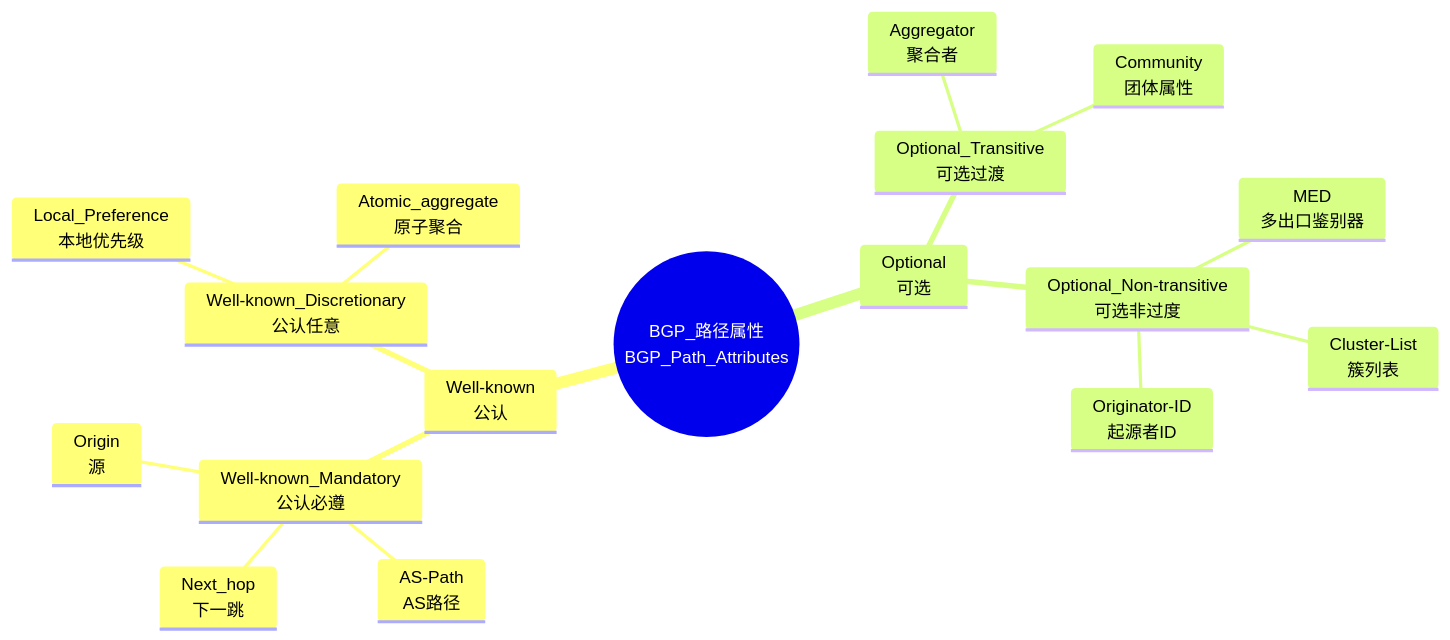
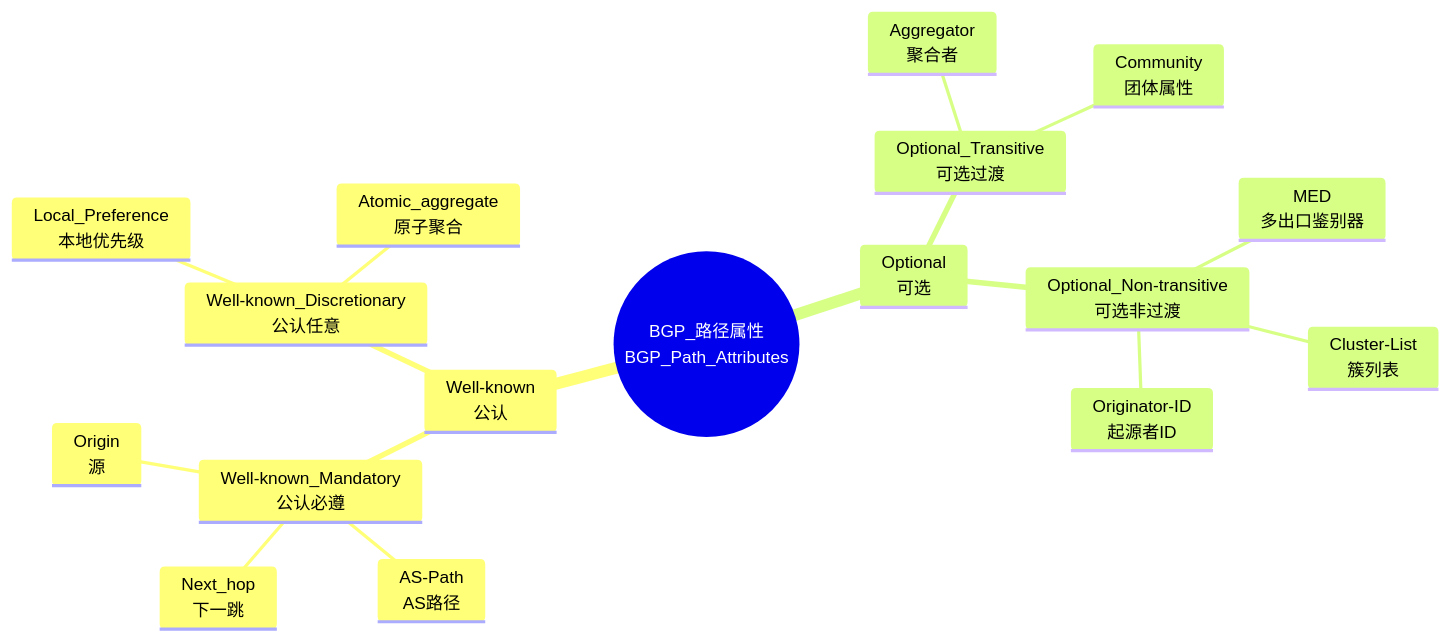
One commit to Wavepoet/hikari_Notes_Datacom changed diagram 14 of 15 in 理论/路由技术/BGP.md. Above: the diagram before and after it, drawn with Mermaid. The commit also changed other lines of this file and 44 other files, not shown here.

````diff
--- a/理论/路由技术/BGP.md
+++ b/理论/路由技术/BGP.md
@@ -564,20 +564,20 @@
 ```mermaid
 mindmap
   root((BGP_路径属性<br/>BGP_Path_Attributes))
     Well-known<br/>公认
       Well-known_Mandatory<br/>公认必遵
         Origin<br/>源
         AS-Path<br/>AS路径
         Next_hop<br/>下一跳
       Well-known_Discretionary<br/>公认任意
         Local_Preference<br/>本地优先级
         Atomic_aggregate<br/>原子聚合
     Optional<br/>可选
       Optional_Transitive<br/>可选过渡
         Aggregator<br/>聚合者
         Community<br/>团体属性
-      Optional_Non-transitive<br/>可选非过度
+      Optional_Non-transitive<br/>可选非过渡
         MED<br/>多出口鉴别器
         Cluster-List<br/>簇列表
         Originator-ID<br/>起源者ID
 ```
````
